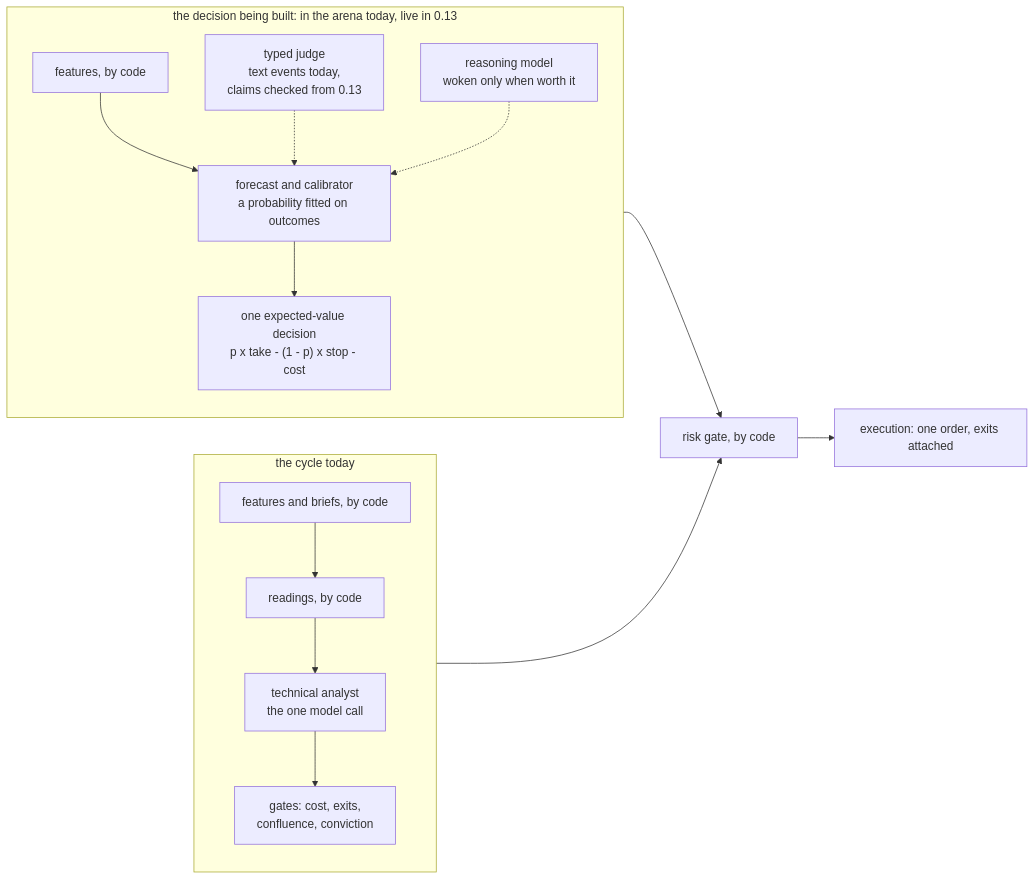
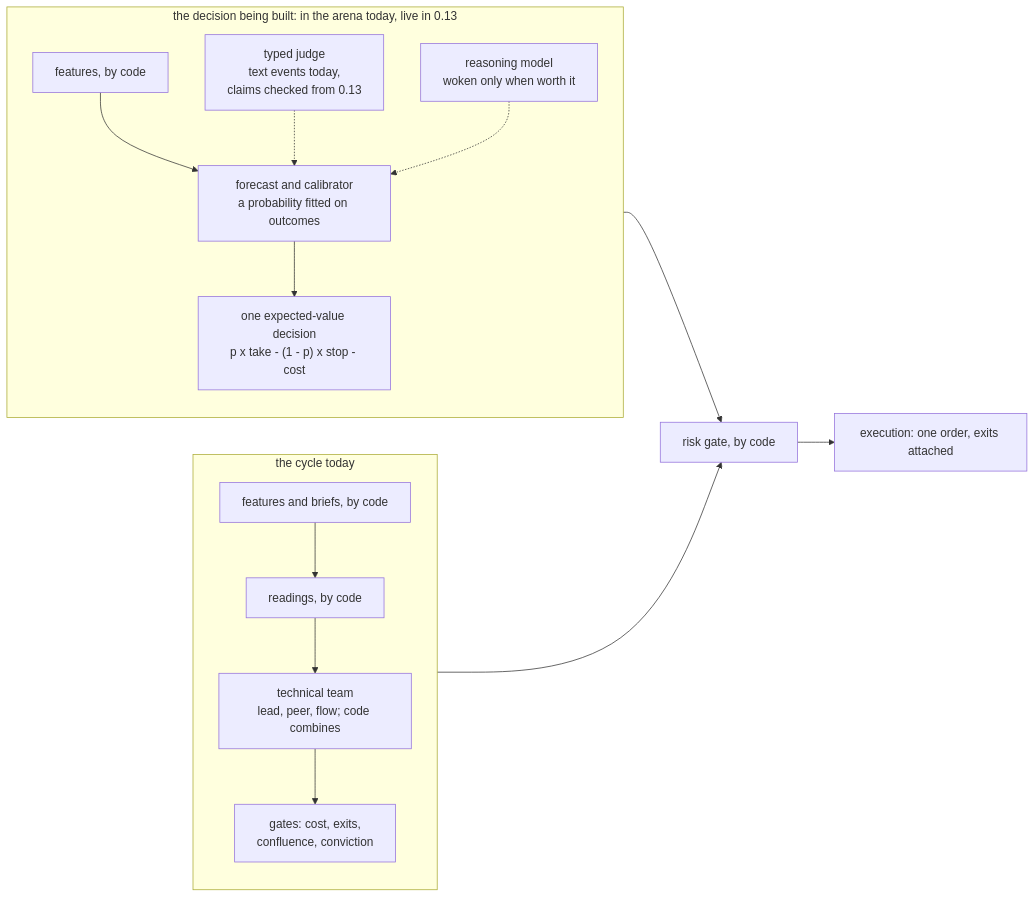
The second of 3 diagrams in docs/opensource/architecture.md (BijectiveLabs/bitra), drawn with Mermaid before and after one commit. The commit also changed 6 other files, not shown here.

Commit message:
Docs: the technical team and the judge's check

````diff
--- a/docs/opensource/architecture.md
+++ b/docs/opensource/architecture.md
@@ -204,19 +204,19 @@
 ```mermaid
 flowchart LR
     subgraph now["the cycle today"]
         direction TB
         f1["features and briefs, by code"] --> r1["readings, by code"]
-        r1 --> m1["technical analyst<br/>the one model call"]
+        r1 --> m1["technical team<br/>lead, peer, flow; code combines"]
         m1 --> g1["gates: cost, exits,<br/>confluence, conviction"]
     end
     subgraph next["the decision being built: in the arena today, live in 0.13"]
         direction TB
         f2["features, by code"] --> fc["forecast and calibrator<br/>a probability fitted on outcomes"]
         j2["typed judge<br/>text events today,<br/>claims checked from 0.13"] -.-> fc
         s2["reasoning model<br/>woken only when worth it"] -.-> fc
         fc --> ev["one expected-value decision<br/>p x take - (1 - p) x stop - cost"]
     end
     g1 --> gate["risk gate, by code"]
     ev --> gate
     gate --> ex["execution: one order, exits attached"]
 ```
````
